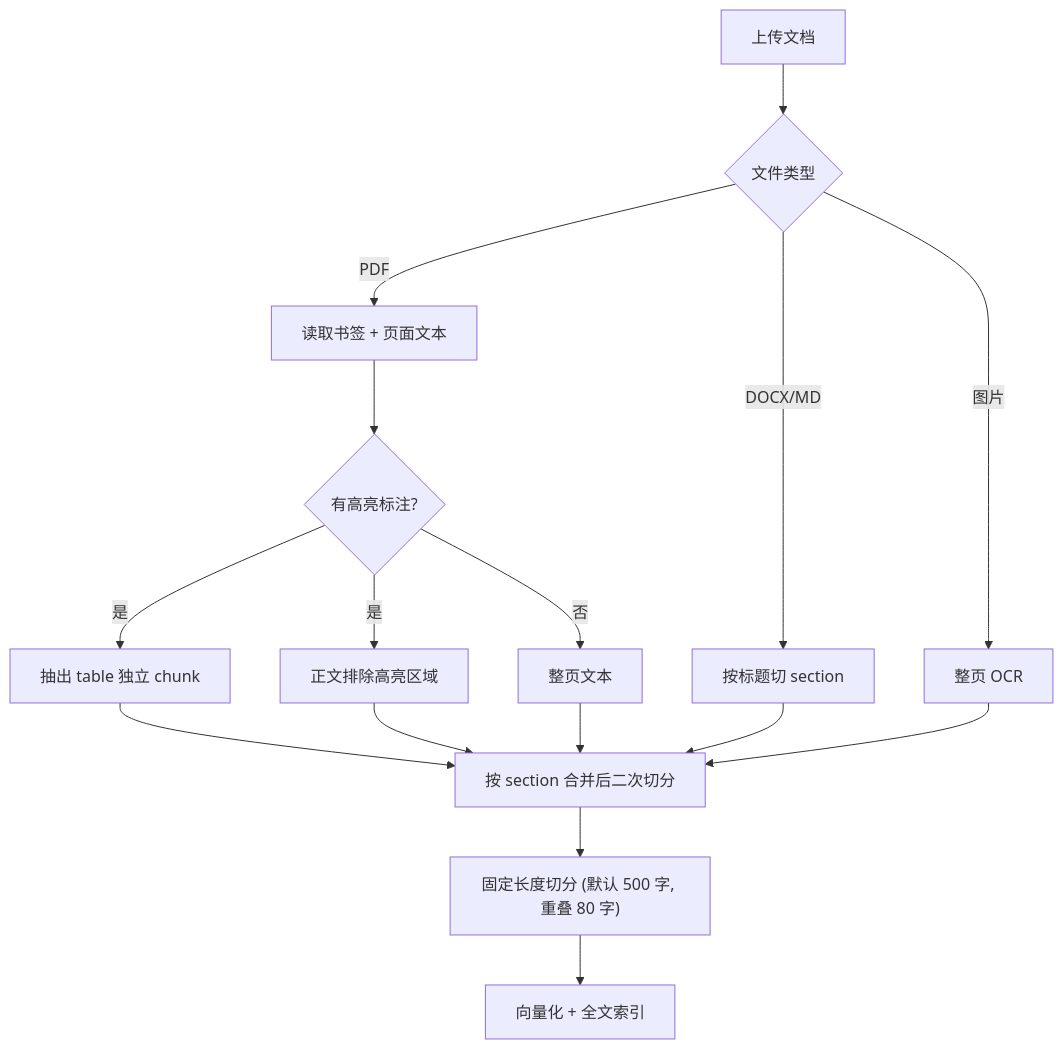
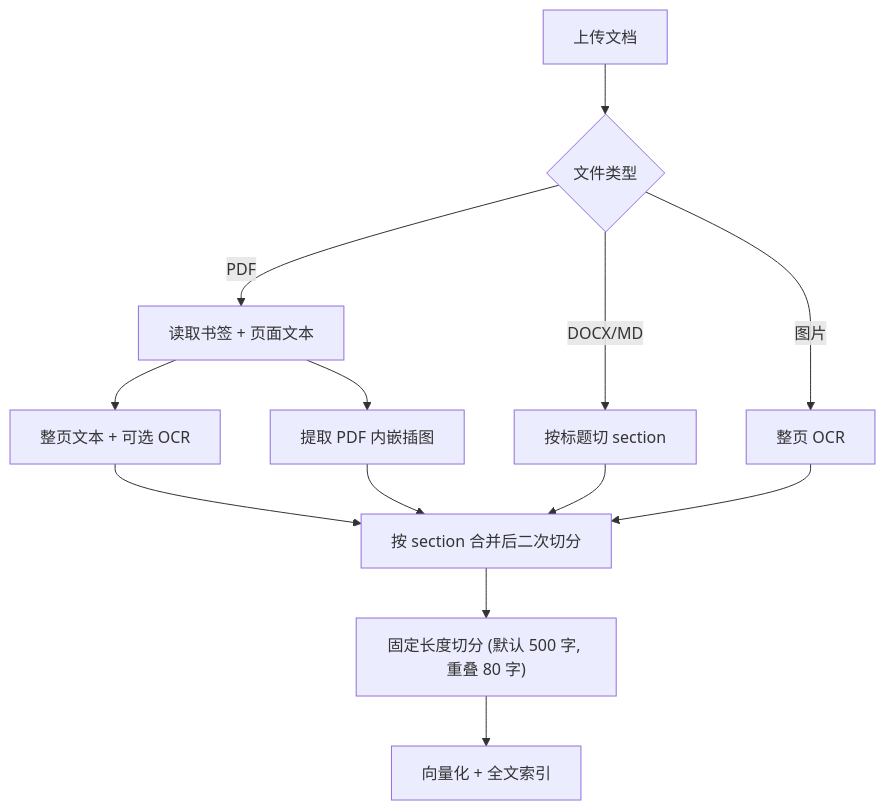
One commit to zJustHow/AllDocs changed the diagram in docs/annotation-guide.md. Above: the diagram before and after it, drawn with Mermaid. The commit also changed other lines of this file and 31 other files, not shown here.

````diff
--- a/docs/annotation-guide.md
+++ b/docs/annotation-guide.md
@@ -24,18 +23,15 @@
 ```mermaid
 flowchart TD
     A[上传文档] --> B{文件类型}
     B -->|PDF| C[读取书签 + 页面文本]
     B -->|DOCX/MD| D[按标题切 section]
     B -->|图片| E[整页 OCR]
-    C --> F{有高亮标注?}
-    F -->|是| G[抽出 table 独立 chunk]
-    F -->|是| H[正文排除高亮区域]
-    F -->|否| I[整页文本]
-    G --> J[按 section 合并后二次切分]
-    H --> J
-    I --> J
-    D --> J
-    E --> J
-    J --> K["固定长度切分 (默认 500 字, 重叠 80 字)"]
-    K --> L[向量化 + 全文索引]
+    C --> F[整页文本 + 可选 OCR]
+    C --> G[提取 PDF 内嵌插图]
+    F --> H[按 section 合并后二次切分]
+    G --> H
+    D --> H
+    E --> H
+    H --> I["固定长度切分 (默认 500 字, 重叠 80 字)"]
+    I --> J[向量化 + 全文索引]
 ```
````
